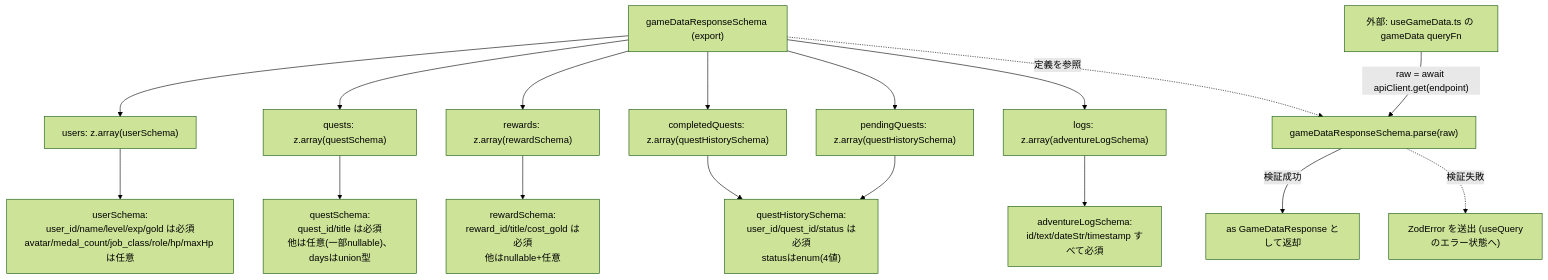
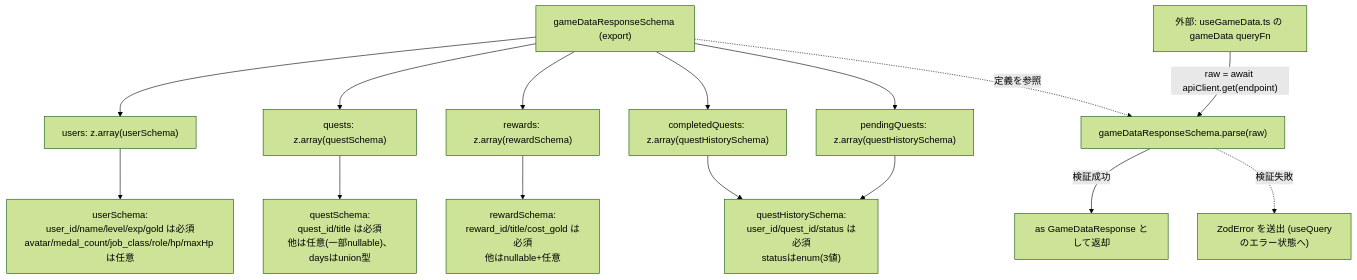
Before and after one commit to mmtigers/my_python_project: the first of 2 diagrams in docs/specifications/family-quest/src/lib/gameDataSchema.md, drawn with Mermaid (forest theme). The commit also changed other lines of this file and 70 other files, not shown here.

````diff
--- a/docs/specifications/family-quest/src/lib/gameDataSchema.md
+++ b/docs/specifications/family-quest/src/lib/gameDataSchema.md
@@ -106,23 +96,21 @@
 ```mermaid
 flowchart TD
     Root["gameDataResponseSchema (export)"]
 
     Root --> UsersField["users: z.array(userSchema)"]
     Root --> QuestsField["quests: z.array(questSchema)"]
     Root --> RewardsField["rewards: z.array(rewardSchema)"]
     Root --> CompletedField["completedQuests: z.array(questHistorySchema)"]
     Root --> PendingField["pendingQuests: z.array(questHistorySchema)"]
-    Root --> LogsField["logs: z.array(adventureLogSchema)"]
 
     UsersField --> UserSchemaDef["userSchema:\nuser_id/name/level/exp/gold は必須\navatar/medal_count/job_class/role/hp/maxHp は任意"]
     QuestsField --> QuestSchemaDef["questSchema:\nquest_id/title は必須\n他は任意(一部nullable)、daysはunion型"]
     RewardsField --> RewardSchemaDef["rewardSchema:\nreward_id/title/cost_gold は必須\n他はnullable+任意"]
-    CompletedField --> HistorySchemaDef["questHistorySchema:\nuser_id/quest_id/status は必須\nstatusはenum(4値)"]
+    CompletedField --> HistorySchemaDef["questHistorySchema:\nuser_id/quest_id/status は必須\nstatusはenum(3値)"]
     PendingField --> HistorySchemaDef
-    LogsField --> LogSchemaDef["adventureLogSchema:\nid/text/dateStr/timestamp すべて必須"]
 
     ExternalCaller["外部: useGameData.ts の gameData queryFn"] -->|"raw = await apiClient.get(endpoint)"| ParseCall["gameDataResponseSchema.parse(raw)"]
     ParseCall -->|検証成功| CastResult["as GameDataResponse として返却"]
     ParseCall -.->|検証失敗| ZodErrorThrow["ZodError を送出 (useQueryのエラー状態へ)"]
     Root -.->|定義を参照| ParseCall
 ```
````
